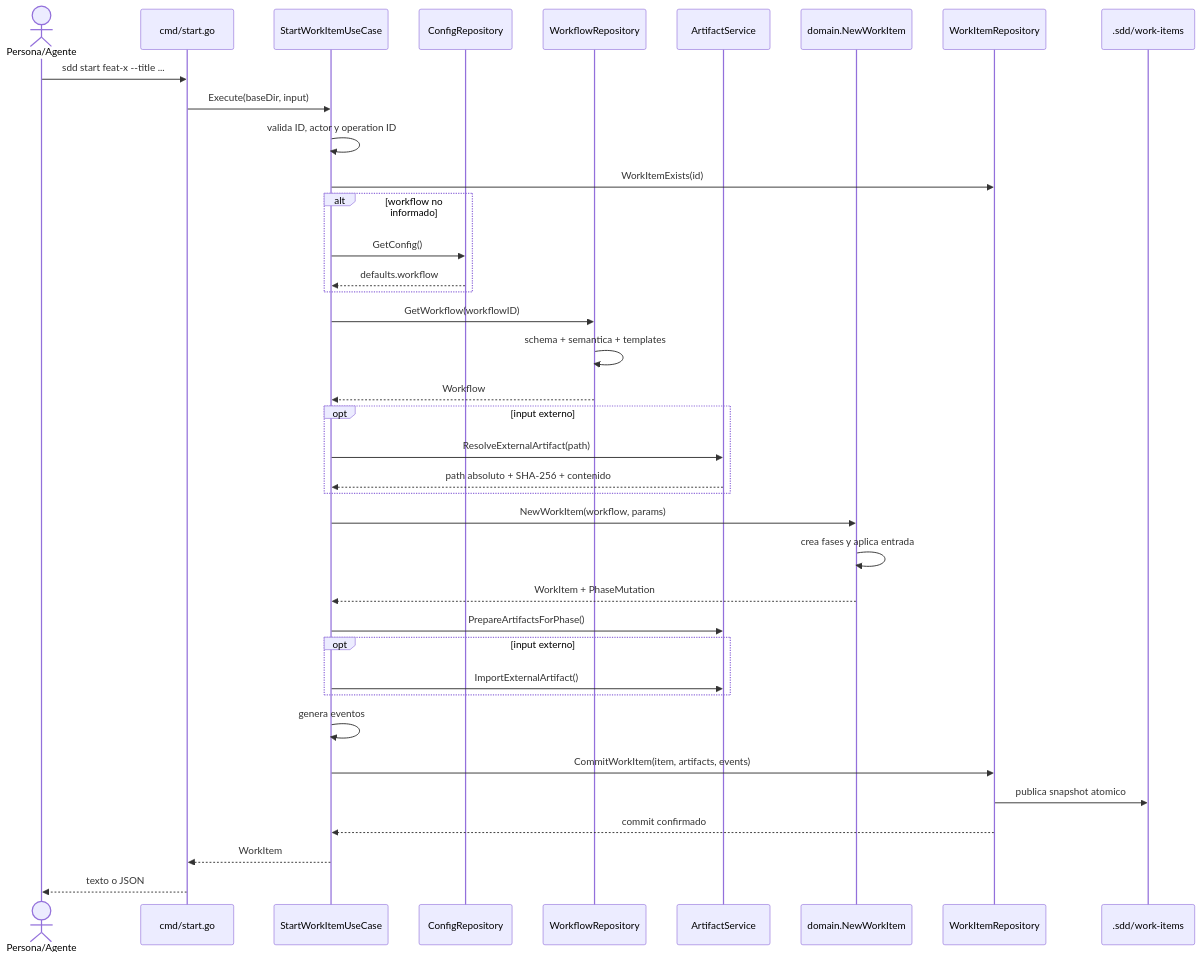
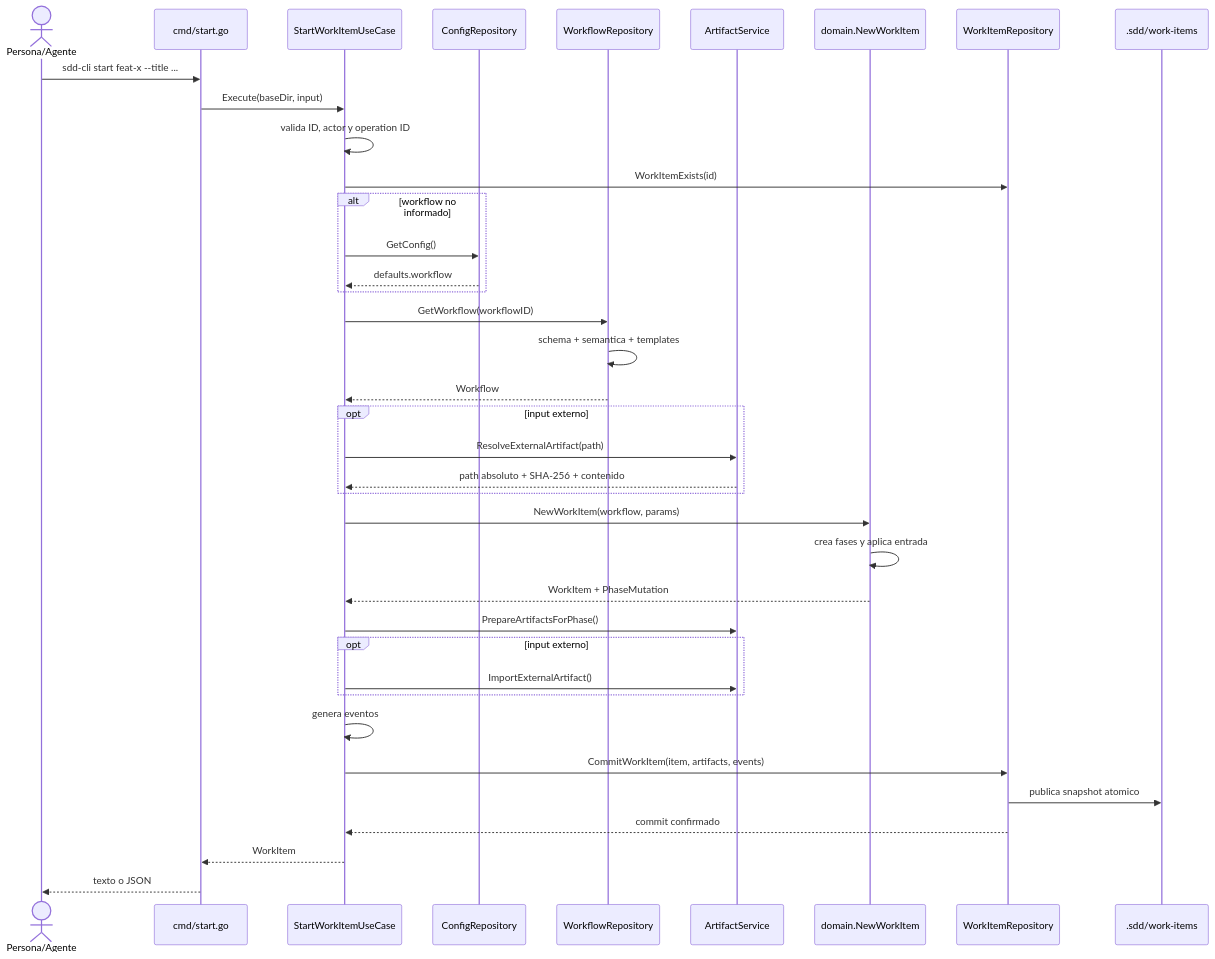
The tenth of 15 diagrams in docs/9-guia-tecnica-cli.md (matiasezequieldimuro/ssd-workflow), drawn with Mermaid before and after one commit. The commit also changed other lines of this file, not shown here.

````diff
--- a/docs/9-guia-tecnica-cli.md
+++ b/docs/9-guia-tecnica-cli.md
@@ -1076,47 +1076,47 @@
 ```mermaid
 sequenceDiagram
     actor Caller as Persona/Agente
     participant Cmd as cmd/start.go
     participant UC as StartWorkItemUseCase
     participant Config as ConfigRepository
     participant WFRepo as WorkflowRepository
     participant Artifacts as ArtifactService
     participant Domain as domain.NewWorkItem
     participant Repo as WorkItemRepository
     participant Disk as .sdd/work-items
 
-    Caller->>Cmd: sdd start feat-x --title ...
+    Caller->>Cmd: sdd-cli start feat-x --title ...
     Cmd->>UC: Execute(baseDir, input)
     UC->>UC: valida ID, actor y operation ID
     UC->>Repo: WorkItemExists(id)
 
     alt workflow no informado
         UC->>Config: GetConfig()
         Config-->>UC: defaults.workflow
     end
 
     UC->>WFRepo: GetWorkflow(workflowID)
     WFRepo->>WFRepo: schema + semantica + templates
     WFRepo-->>UC: Workflow
 
     opt input externo
         UC->>Artifacts: ResolveExternalArtifact(path)
         Artifacts-->>UC: path absoluto + SHA-256 + contenido
     end
 
     UC->>Domain: NewWorkItem(workflow, params)
     Domain->>Domain: crea fases y aplica entrada
     Domain-->>UC: WorkItem + PhaseMutation
 
     UC->>Artifacts: PrepareArtifactsForPhase()
     opt input externo
         UC->>Artifacts: ImportExternalArtifact()
     end
 
     UC->>UC: genera eventos
     UC->>Repo: CommitWorkItem(item, artifacts, events)
     Repo->>Disk: publica snapshot atomico
     Repo-->>UC: commit confirmado
     UC-->>Cmd: WorkItem
     Cmd-->>Caller: texto o JSON
 ```
````
